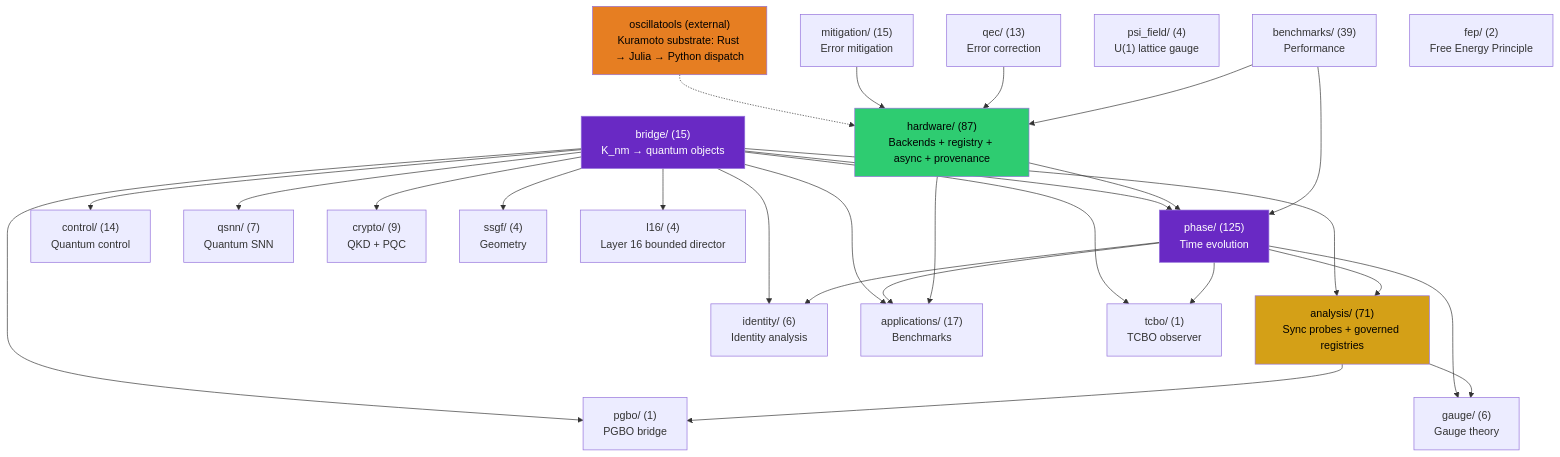
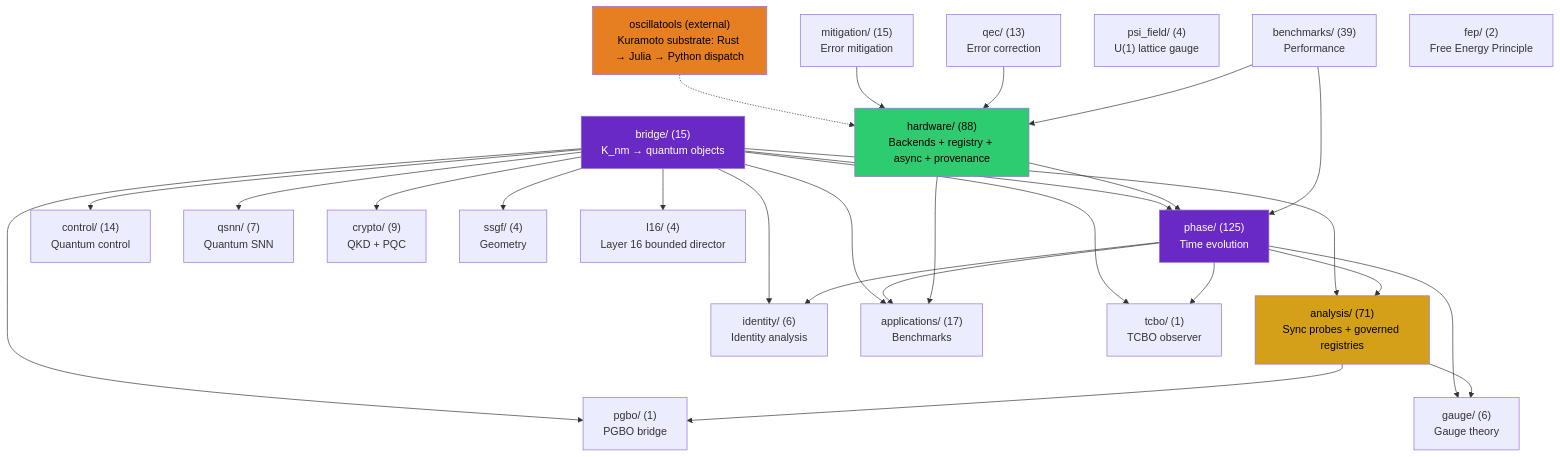
The second of 5 diagrams in docs/architecture.md (anulum/scpn-quantum-control), drawn with Mermaid before and after one commit. The commit also changed other lines of this file and 31 other files, not shown here.

````diff
--- a/docs/architecture.md
+++ b/docs/architecture.md
@@ -919,55 +919,55 @@
 ```mermaid
 graph TD
     bridge["bridge/ (15)\nK_nm → quantum objects"]
     phase["phase/ (125)\nTime evolution"]
     analysis["analysis/ (71)\nSync probes + governed registries"]
     control["control/ (14)\nQuantum control"]
     qsnn["qsnn/ (7)\nQuantum SNN"]
     identity["identity/ (6)\nIdentity analysis"]
-    hardware["hardware/ (87)\nBackends + registry + async + provenance"]
+    hardware["hardware/ (88)\nBackends + registry + async + provenance"]
     mitigation["mitigation/ (15)\nError mitigation"]
     qec["qec/ (13)\nError correction"]
     gauge["gauge/ (6)\nGauge theory"]
     apps["applications/ (17)\nBenchmarks"]
     crypto["crypto/ (9)\nQKD + PQC"]
     benchmarks["benchmarks/ (39)\nPerformance"]
     ssgf["ssgf/ (4)\nGeometry"]
     psi_field["psi_field/ (4)\nU(1) lattice gauge"]
     oscillatools["oscillatools (external)\nKuramoto substrate: Rust → Julia → Python dispatch"]
     fep["fep/ (2)\nFree Energy Principle"]
     tcbo["tcbo/ (1)\nTCBO observer"]
     pgbo["pgbo/ (1)\nPGBO bridge"]
     l16["l16/ (4)\nLayer 16 bounded director"]
 
     bridge --> phase
     bridge --> analysis
     bridge --> control
     bridge --> qsnn
     bridge --> identity
     bridge --> apps
     bridge --> crypto
     bridge --> ssgf
     phase --> analysis
     phase --> identity
     phase --> apps
     phase --> gauge
     analysis --> gauge
     hardware --> phase
     hardware --> apps
     oscillatools -.-> hardware
     mitigation --> hardware
     qec --> hardware
     benchmarks --> phase
     benchmarks --> hardware
     bridge --> tcbo
     bridge --> pgbo
     bridge --> l16
     phase --> tcbo
     analysis --> pgbo
 
     style bridge fill:#6929C4,color:#fff
     style analysis fill:#d4a017,color:#000
     style phase fill:#6929C4,color:#fff
     style hardware fill:#2ecc71,color:#000
     style oscillatools fill:#e67e22,color:#000
 ```
````
